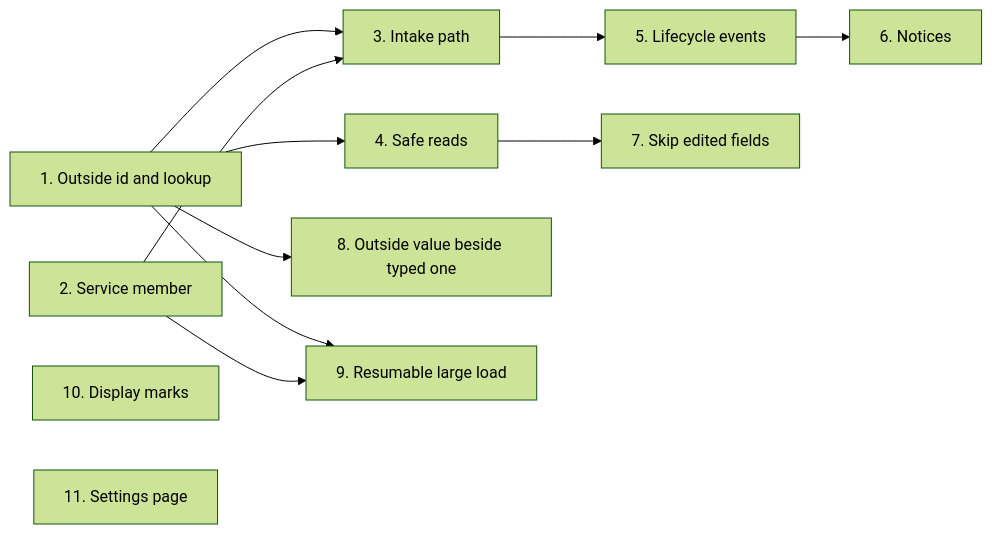
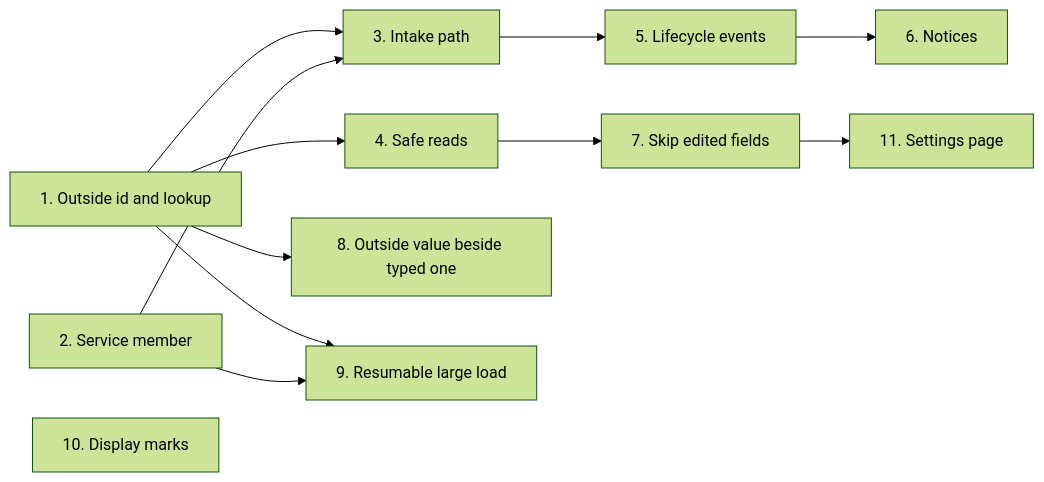
The diagram in docs/reference/extension-doors-for-core-data.md (margince/margince), drawn with Mermaid (forest theme) before and after one commit. The commit also changed other lines of this file and 23 other files, not shown here.

````diff
--- a/docs/reference/extension-doors-for-core-data.md
+++ b/docs/reference/extension-doors-for-core-data.md
@@ -24,14 +24,14 @@
 ```mermaid
 flowchart LR
     F1[1. Outside id and lookup] --> F3[3. Intake path]
     F1 --> F4[4. Safe reads]
     F1 --> F8[8. Outside value beside typed one]
     F1 --> F9[9. Resumable large load]
     F2[2. Service member] --> F3
     F2 --> F9
     F3 --> F5[5. Lifecycle events]
     F4 --> F7[7. Skip edited fields]
     F5 --> F6[6. Notices]
+    F7 --> F11[11. Settings page]
     F10[10. Display marks]
-    F11[11. Settings page]
 ```
````
